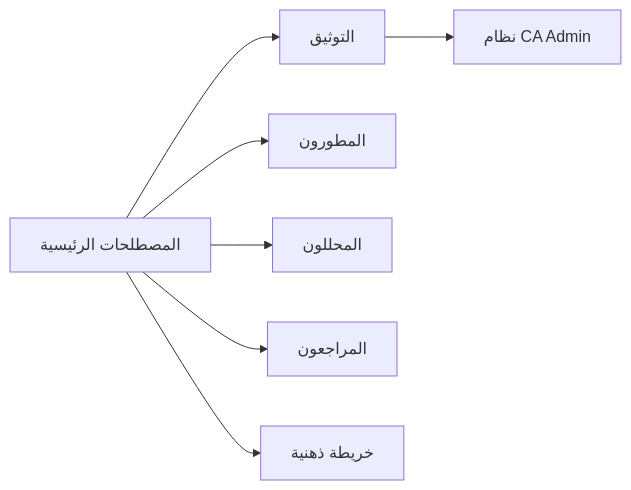
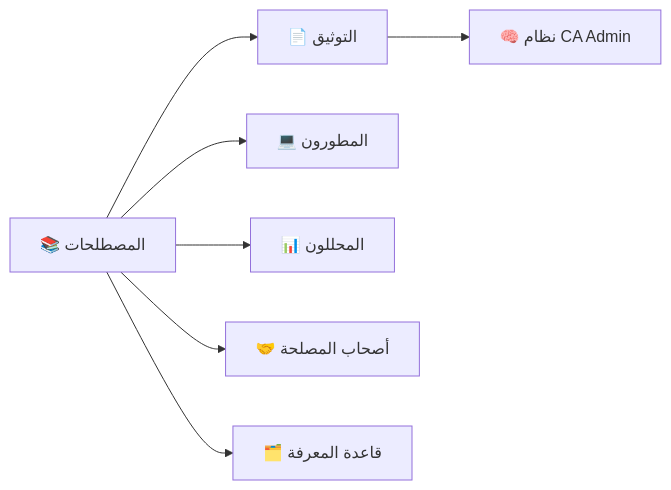
One commit to Ash69g/Documentation-Study changed the first of 3 diagrams in docs/99-glossary/99-glossary.md. Above: the diagram before and after it, drawn with Mermaid. The commit also changed other lines of this file and 8 other files, not shown here.

````diff
--- a/docs/99-glossary/99-glossary.md
+++ b/docs/99-glossary/99-glossary.md
@@ -37,9 +29,9 @@
 ```mermaid
 flowchart LR
- Terms["المصطلحات الرئيسية"] --> Docs["التوثيق"]
- Terms --> Devs["المطورون"]
- Terms --> Analysts["المحللون"]
- Terms --> Auditors["المراجعون"]
- Docs --> System["نظام CA Admin"]
- Terms --> Mindmap["خريطة ذهنية"]
+  Terms["📚 المصطلحات"] --> Docs["📄 التوثيق"]
+  Terms --> Devs["💻 المطورون"]
+  Terms --> Analysts["📊 المحللون"]
+  Terms --> Stakeholders["🤝 أصحاب المصلحة"]
+  Docs --> System["🧠 نظام CA Admin"]
+  Terms --> KnowledgeBase["🗂️ قاعدة المعرفة"]
 ```
````
